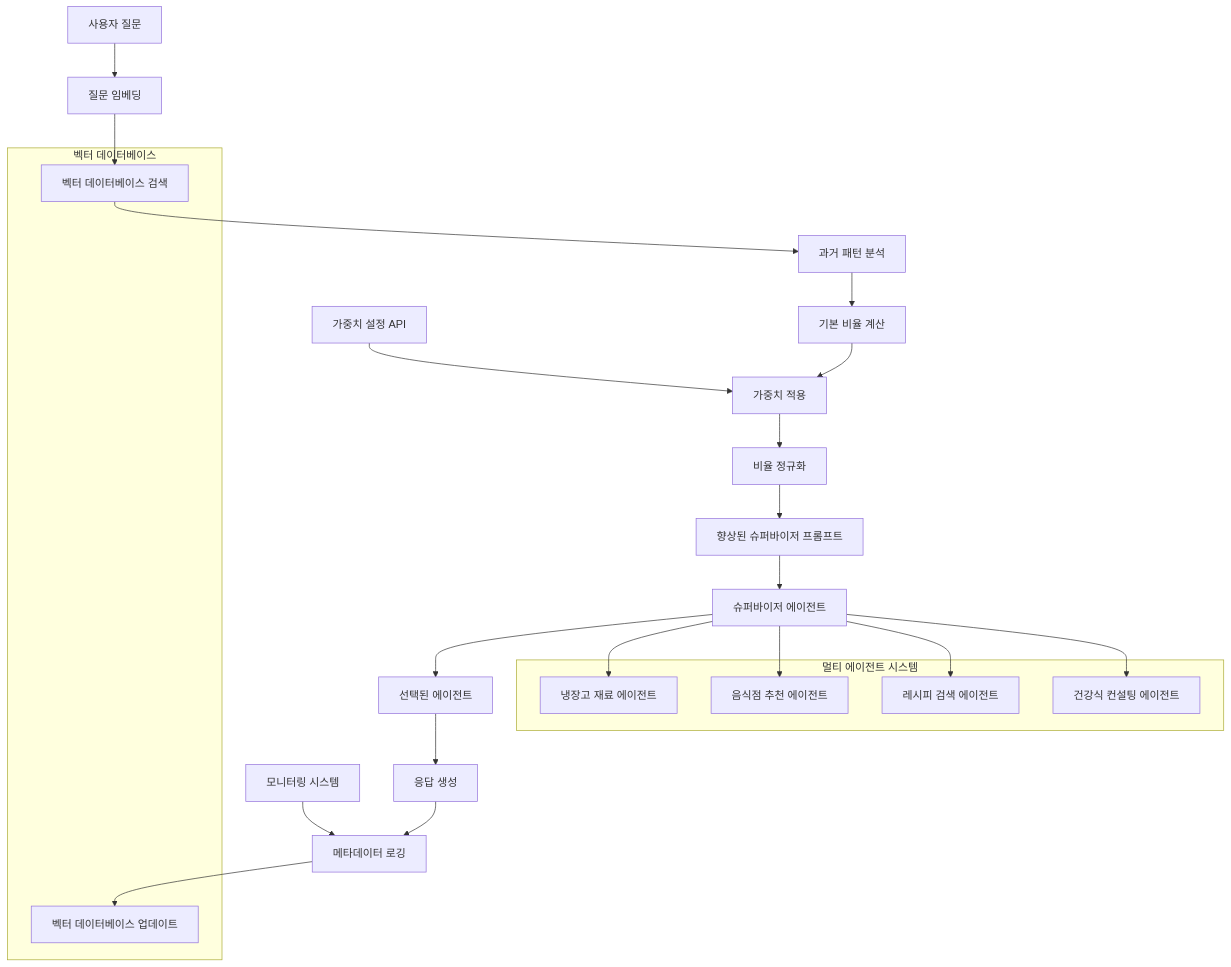
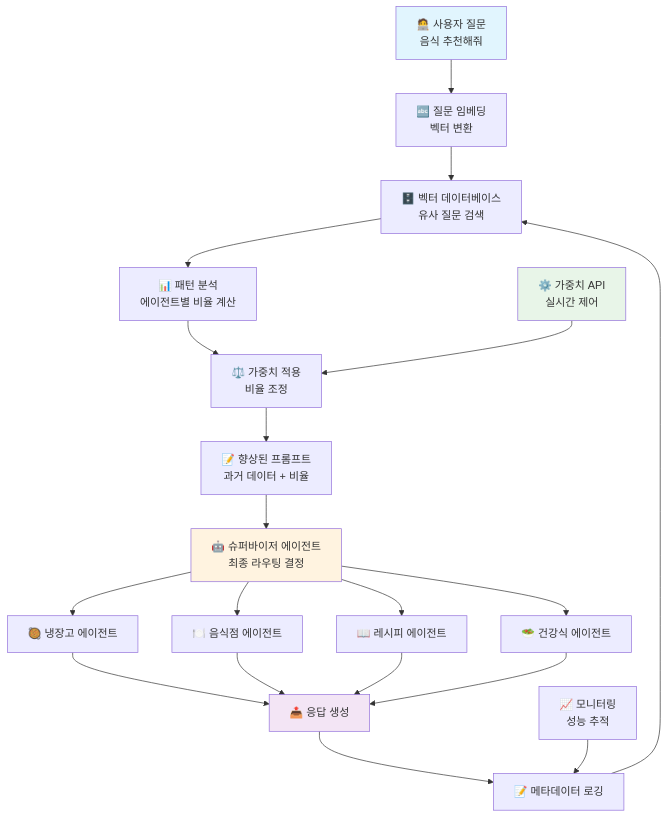
Before and after one commit to dongju2-lee/weighted-prompt-multi-agent-router: the diagram in README_KOR.md, drawn with Mermaid. The commit also changed 1 other file, not shown here.

Commit message:
시스템 그림 추가

````diff
--- a/README_KOR.md
+++ b/README_KOR.md
@@ -48,35 +48,30 @@
 ```mermaid
-graph TB
-    A[사용자 질문] --> B[질문 임베딩]
-    B --> C[벡터 데이터베이스 검색]
-    C --> D[과거 패턴 분석]
-    D --> E[기본 비율 계산]
-    E --> F[가중치 적용]
-    F --> G[비율 정규화]
-    G --> H[향상된 슈퍼바이저 프롬프트]
-    H --> I[슈퍼바이저 에이전트]
-    I --> J[선택된 에이전트]
-    J --> K[응답 생성]
-    K --> L[메타데이터 로깅]
-    L --> M[벡터 데이터베이스 업데이트]
+flowchart TD
+    A["🧑‍💻 사용자 질문<br/>음식 추천해줘"] --> B["🔤 질문 임베딩<br/>벡터 변환"]
+    B --> C["🗄️ 벡터 데이터베이스<br/>유사 질문 검색"]
+    C --> D["📊 패턴 분석<br/>에이전트별 비율 계산"]
+    D --> E["⚖️ 가중치 적용<br/>비율 조정"]
+    E --> F["📝 향상된 프롬프트<br/>과거 데이터 + 비율"]
+    F --> G["🤖 슈퍼바이저 에이전트<br/>최종 라우팅 결정"]
     
-    N[가중치 설정 API] --> F
-    O[모니터링 시스템] --> L
+    G --> H1["🥘 냉장고 에이전트"]
+    G --> H2["🍽️ 음식점 에이전트"]
+    G --> H3["📖 레시피 에이전트"]
+    G --> H4["🥗 건강식 에이전트"]
     
-    subgraph "벡터 데이터베이스"
-        C
-        M
-    end
+    H1 --> I["📤 응답 생성"]
+    H2 --> I
+    H3 --> I
+    H4 --> I
     
-    subgraph "멀티 에이전트 시스템"
-        P[냉장고 재료 에이전트]
-        Q[음식점 추천 에이전트]
-        R[레시피 검색 에이전트]
-        S[건강식 컨설팅 에이전트]
-    end
+    I --> J["📝 메타데이터 로깅"]
+    J --> C
     
-    I --> P
-    I --> Q
-    I --> R
-    I --> S
+    K["⚙️ 가중치 API<br/>실시간 제어"] --> E
+    L["📈 모니터링<br/>성능 추적"] --> J
+
+    style A fill:#e1f5fe
+    style G fill:#fff3e0
+    style I fill:#f3e5f5
+    style K fill:#e8f5e8
 ```
````
